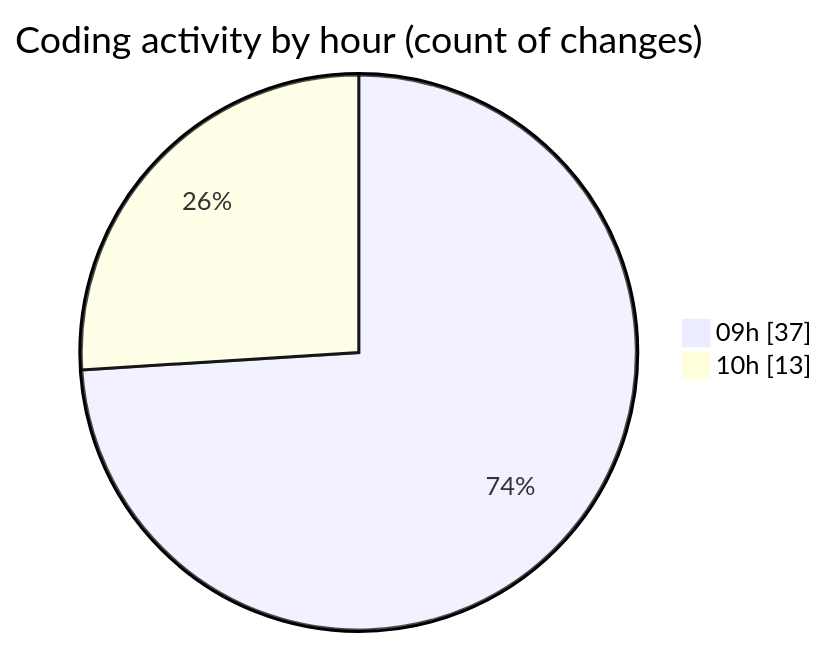
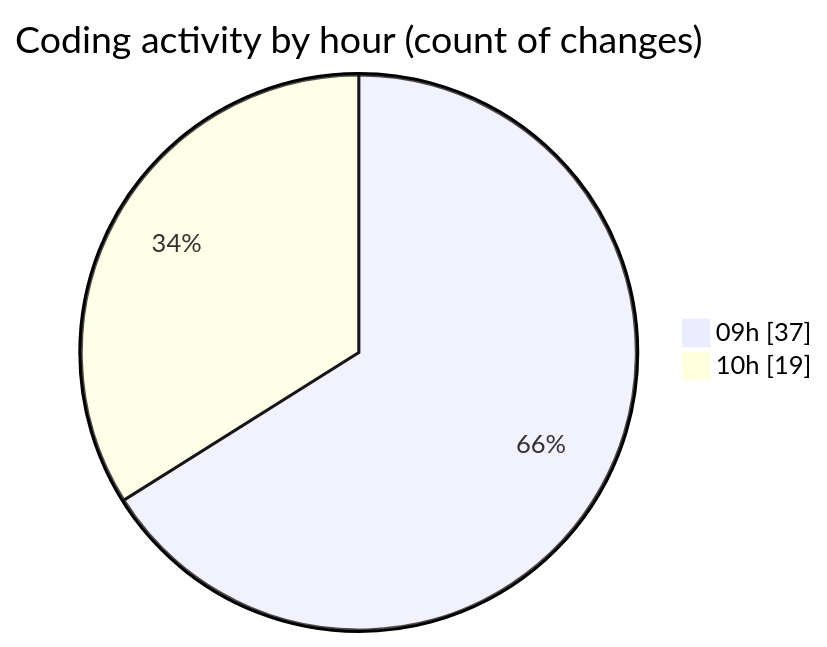
One commit to momahboobian/code-tracking changed the second of 2 diagrams in 2025-11-14/cda/README.md. Above: the diagram before and after it, drawn with Mermaid. The commit also changed other lines of this file and 1 other file, not shown here.

````diff
--- a/2025-11-14/cda/README.md
+++ b/2025-11-14/cda/README.md
@@ -51,6 +51,6 @@
 ```mermaid
 pie showData
 title Coding activity by hour (count of changes)
 "09h" : 37
-"10h" : 13
+"10h" : 19
 ```
````
